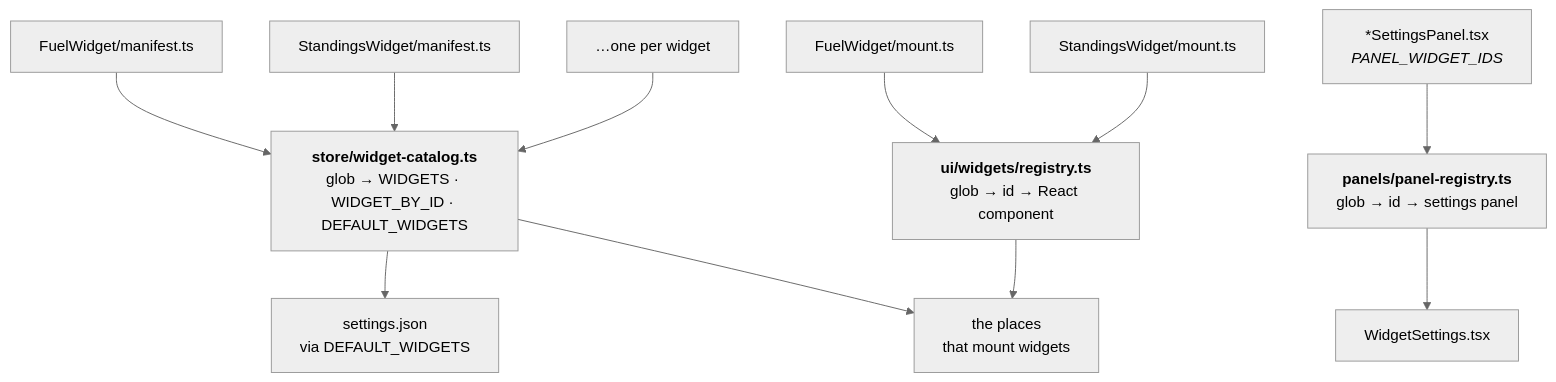
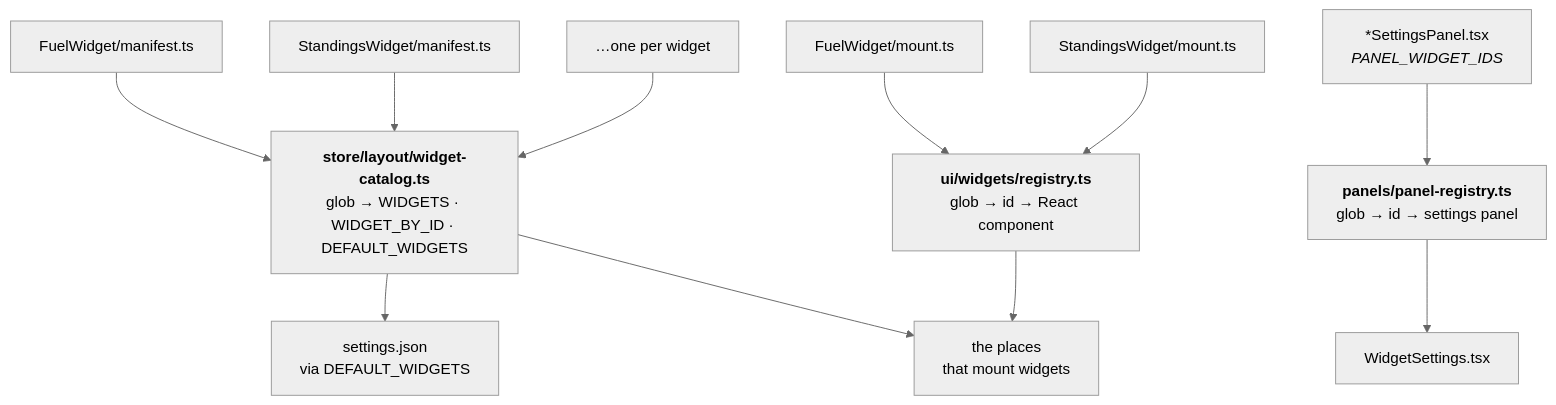
Diagram 14 of 24 in docs/architecture.md (mvoof/Marble-Trace), drawn with Mermaid (neutral theme) before and after one commit. The commit also changed other lines of this file and 665 other files, not shown here.

Commit message:
Architecture rework: sim logic in Rust, main owns settings (#583)

````diff
--- a/docs/architecture.md
+++ b/docs/architecture.md
@@ -964,23 +1020,23 @@
 ```mermaid
 flowchart TB
     M1["FuelWidget/manifest.ts"]
     M2["StandingsWidget/manifest.ts"]
     M3["…one per widget"]
     MT1["FuelWidget/mount.ts"]
     MT2["StandingsWidget/mount.ts"]
     P["*SettingsPanel.tsx<br/><i>PANEL_WIDGET_IDS</i>"]
-    CAT["<b>store/widget-catalog.ts</b><br/>glob → WIDGETS · WIDGET_BY_ID · DEFAULT_WIDGETS"]
+    CAT["<b>store/layout/widget-catalog.ts</b><br/>glob → WIDGETS · WIDGET_BY_ID · DEFAULT_WIDGETS"]
     REG["<b>ui/widgets/registry.ts</b><br/>glob → id → React component"]
     PREG["<b>panels/panel-registry.ts</b><br/>glob → id → settings panel"]
     MOUNT["the places<br/>that mount widgets"]
     WS["WidgetSettings.tsx"]
     SETTINGS["settings.json<br/>via DEFAULT_WIDGETS"]
 
     M1 & M2 & M3 --> CAT
     MT1 & MT2 --> REG
     P --> PREG
     CAT --> SETTINGS
     CAT --> MOUNT
     REG --> MOUNT
     PREG --> WS
 ```
````
